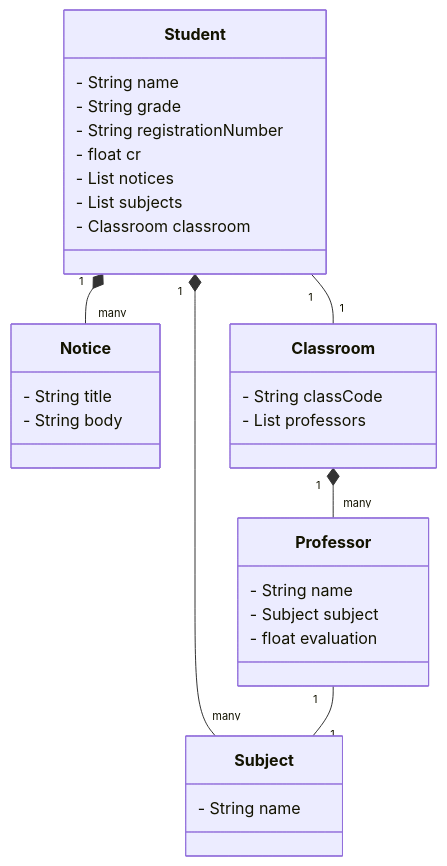
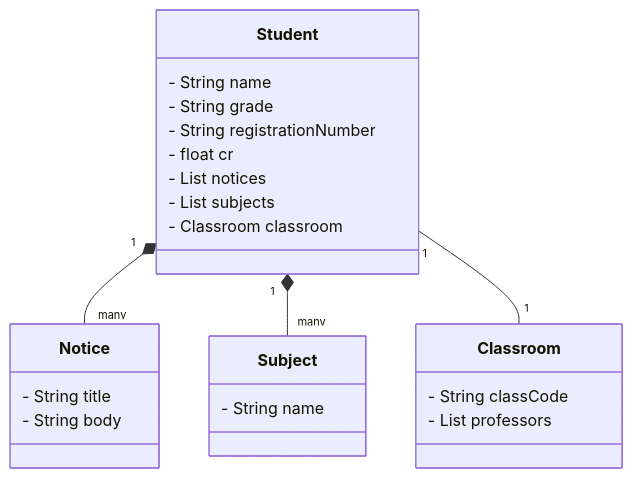
One commit to patrickmartx/school_system changed the diagram in README.md. Above: the diagram before and after it, drawn with Mermaid.

Commit message:
Remoção do professor para diminuir a complexidade da API.

````diff
--- a/README.md
+++ b/README.md
@@ -16,39 +16,31 @@
 ```mermaid
 classDiagram
     class Student {
       - String name
       - String grade
       - String registrationNumber
       - float cr
       - List<Notice> notices
       - List<Subject> subjects
       - Classroom classroom
     }
 
     class Notice {
       - String title
       - String body
     }
 
     class Subject {
       - String name
     }
 
     class Classroom {
       - String classCode
       - List<Professor> professors
     }
 
-    class Professor {
-      - String name
-      - Subject subject
-      - float evaluation
-    }
-
     Student "1" *-- "many" Notice
     Student "1" *-- "many" Subject
     Student "1" -- "1" Classroom
-    Classroom "1" *-- "many" Professor
-    Professor "1" -- "1" Subject
 
 ```
````
